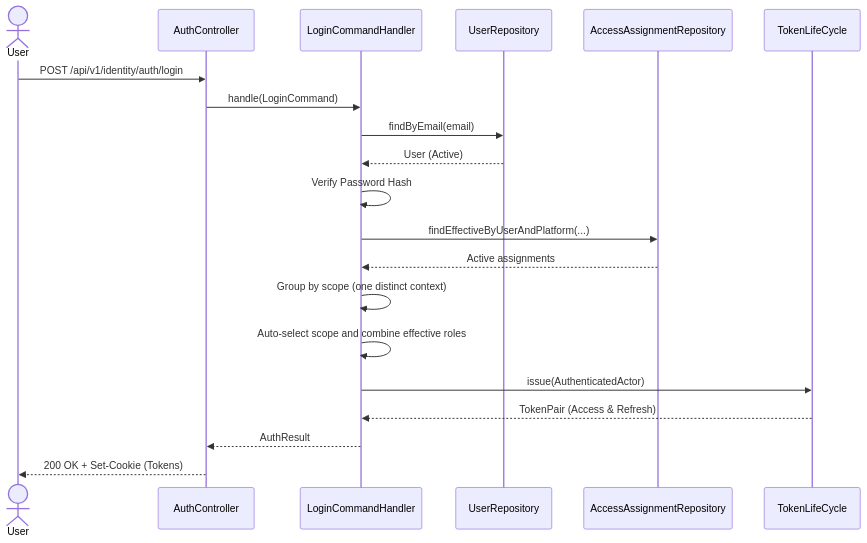
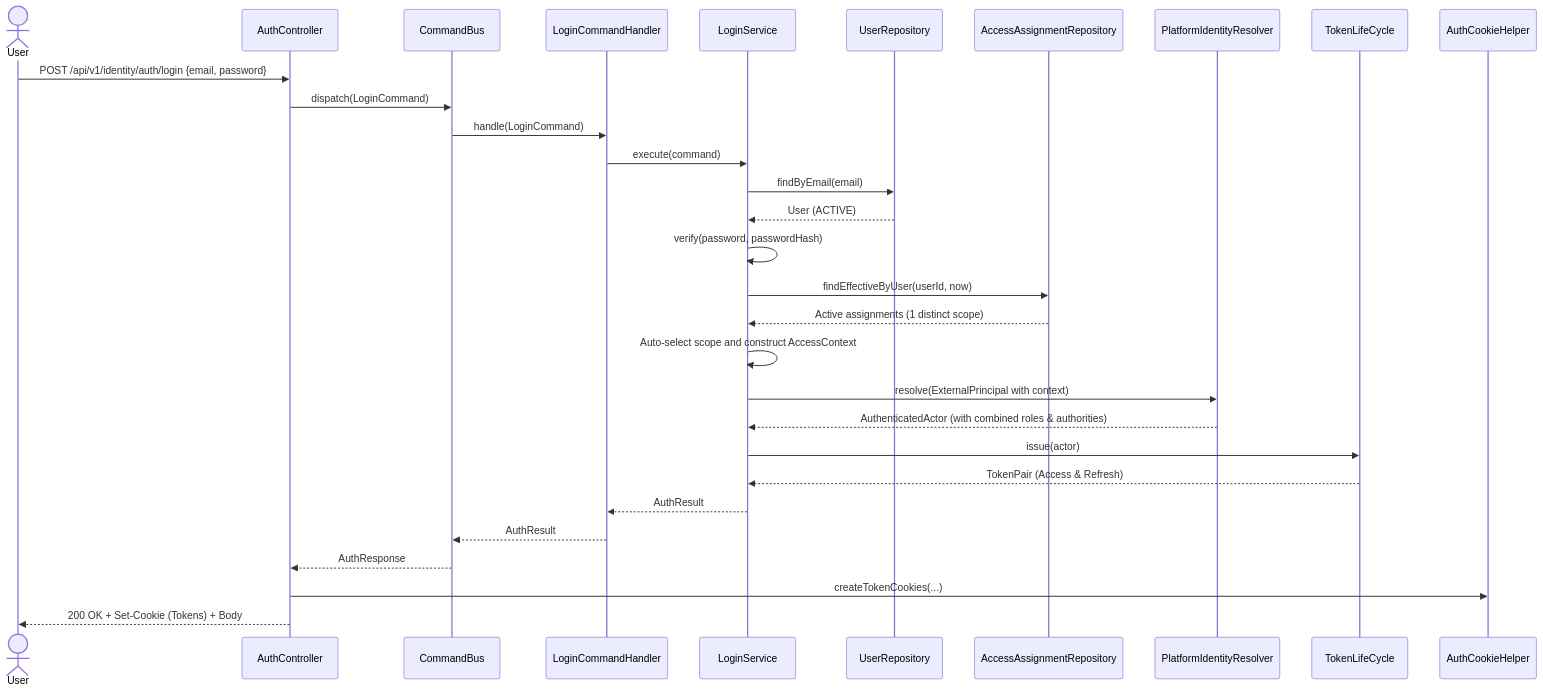
The first of 2 diagrams in docs/dev/domain/identity/features/FEAT_002-User_login.md (khinemyaezin/grab), drawn with Mermaid before and after one commit. The commit also changed other lines of this file and 178 other files, not shown here.

````diff
--- a/docs/dev/domain/identity/features/FEAT_002-User_login.md
+++ b/docs/dev/domain/identity/features/FEAT_002-User_login.md
@@ -39,29 +40,38 @@
 ```mermaid
 sequenceDiagram
     actor User
     participant AuthController
+    participant CommandBus
     participant LoginCommandHandler
+    participant LoginService
     participant UserRepository
     participant AccessAssignmentRepository
+    participant PlatformIdentityResolver
     participant TokenLifeCycle
+    participant AuthCookieHelper
     
-    User->>AuthController: POST /api/v1/identity/auth/login
-    AuthController->>LoginCommandHandler: handle(LoginCommand)
+    User->>AuthController: POST /api/v1/identity/auth/login {email, password}
+    AuthController->>CommandBus: dispatch(LoginCommand)
+    CommandBus->>LoginCommandHandler: handle(LoginCommand)
+    LoginCommandHandler->>LoginService: execute(command)
     
-    LoginCommandHandler->>UserRepository: findByEmail(email)
-    UserRepository-->>LoginCommandHandler: User (Active)
+    LoginService->>UserRepository: findByEmail(email)
+    UserRepository-->>LoginService: User (ACTIVE)
+    LoginService->>LoginService: verify(password, passwordHash)
     
-    LoginCommandHandler->>LoginCommandHandler: Verify Password Hash
+    LoginService->>AccessAssignmentRepository: findEffectiveByUser(userId, now)
+    AccessAssignmentRepository-->>LoginService: Active assignments (1 distinct scope)
+    LoginService->>LoginService: Auto-select scope and construct AccessContext
     
-    LoginCommandHandler->>AccessAssignmentRepository: findEffectiveByUserAndPlatform(...)
-    AccessAssignmentRepository-->>LoginCommandHandler: Active assignments
+    LoginService->>PlatformIdentityResolver: resolve(ExternalPrincipal with context)
+    PlatformIdentityResolver-->>LoginService: AuthenticatedActor (with combined roles & authorities)
     
-    LoginCommandHandler->>LoginCommandHandler: Group by scope (one distinct context)
-    LoginCommandHandler->>LoginCommandHandler: Auto-select scope and combine effective roles
+    LoginService->>TokenLifeCycle: issue(actor)
+    TokenLifeCycle-->>LoginService: TokenPair (Access & Refresh)
     
-    LoginCommandHandler->>TokenLifeCycle: issue(AuthenticatedActor)
-    TokenLifeCycle-->>LoginCommandHandler: TokenPair (Access & Refresh)
-    
-    LoginCommandHandler-->>AuthController: AuthResult
-    AuthController-->>User: 200 OK + Set-Cookie (Tokens)
+    LoginService-->>LoginCommandHandler: AuthResult
+    LoginCommandHandler-->>CommandBus: AuthResult
+    CommandBus-->>AuthController: AuthResponse
+    AuthController->>AuthCookieHelper: createTokenCookies(...)
+    AuthController-->>User: 200 OK + Set-Cookie (Tokens) + Body
 ```
````
